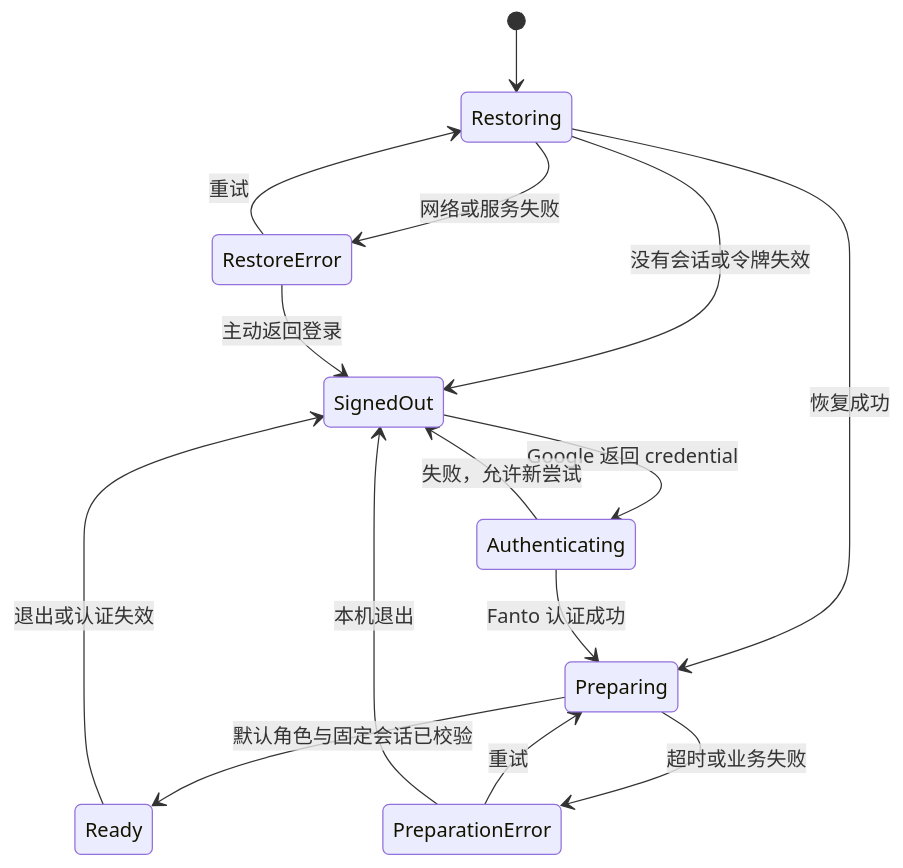
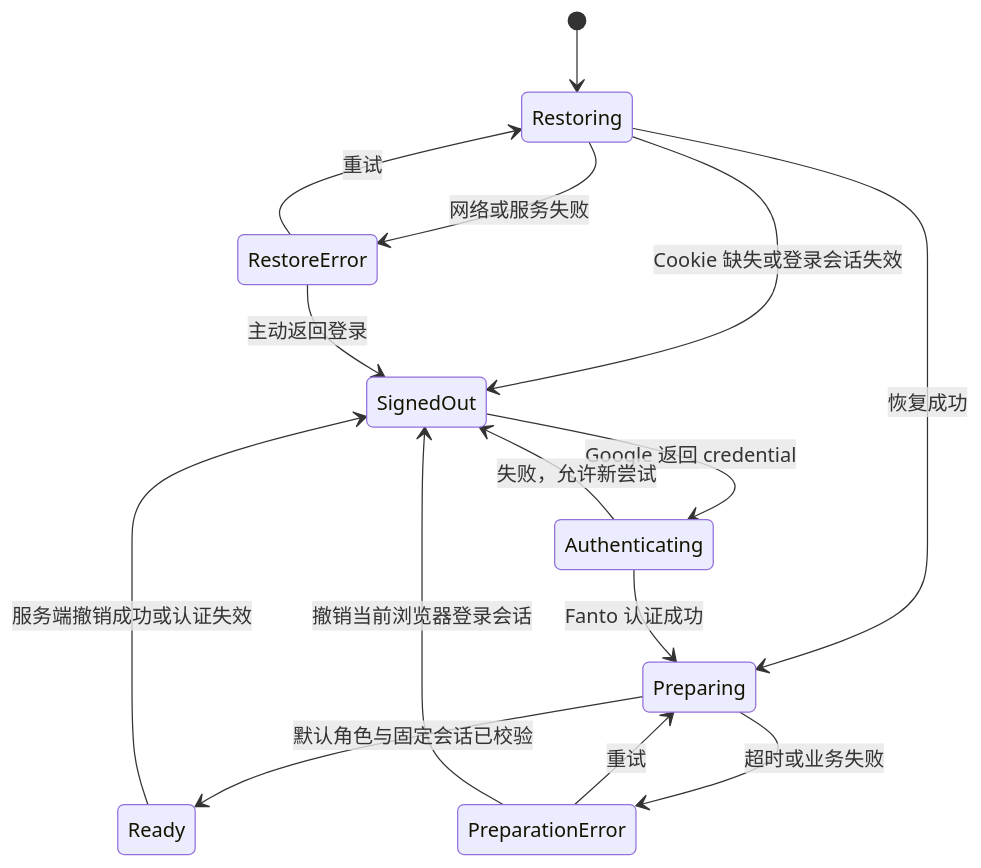
One commit to huiru-wang/fanto changed the first of 3 diagrams in plan/2026-10-22-h5-google-auth-design.md. Above: the diagram before and after it, drawn with Mermaid. The commit also changed other lines of this file and 1 other file, not shown here.

````diff
--- a/plan/2026-10-22-h5-google-auth-design.md
+++ b/plan/2026-10-22-h5-google-auth-design.md
@@ -46,17 +46,17 @@
 ```mermaid
 stateDiagram-v2
     [*] --> Restoring
-    Restoring --> SignedOut: 没有会话或令牌失效
+    Restoring --> SignedOut: Cookie 缺失或登录会话失效
     Restoring --> Preparing: 恢复成功
     Restoring --> RestoreError: 网络或服务失败
     RestoreError --> Restoring: 重试
     RestoreError --> SignedOut: 主动返回登录
     SignedOut --> Authenticating: Google 返回 credential
     Authenticating --> SignedOut: 失败，允许新尝试
     Authenticating --> Preparing: Fanto 认证成功
     Preparing --> Ready: 默认角色与固定会话已校验
     Preparing --> PreparationError: 超时或业务失败
     PreparationError --> Preparing: 重试
-    PreparationError --> SignedOut: 本机退出
-    Ready --> SignedOut: 退出或认证失效
+    PreparationError --> SignedOut: 撤销当前浏览器登录会话
+    Ready --> SignedOut: 服务端撤销成功或认证失效
 ```
````
